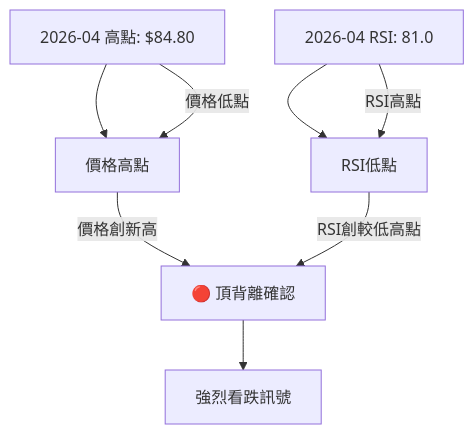
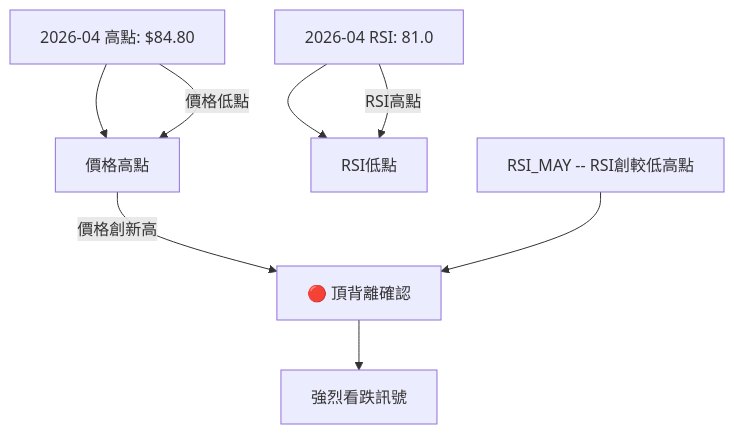
One commit to yennanliu/finance_data changed the eighth of 12 diagrams in ai_gen_report/stock/rklb/technical_analysis_2026-06-30_gemini.md. Above: the diagram before and after it, drawn with Mermaid. The commit also changed other lines of this file and 2258 other files, not shown here.

First line of the commit message:
chore: backfill Mermaid syntax repair across existing reports

````diff
--- a/ai_gen_report/stock/rklb/technical_analysis_2026-06-30_gemini.md
+++ b/ai_gen_report/stock/rklb/technical_analysis_2026-06-30_gemini.md
@@ -533,11 +533,11 @@
     ```mermaid
     graph TD
-        P_APR[2026-04 高點: $84.80] --> P_MAY[2026-05 高點: $143.48]
-        P_APR -- 價格低點 --> P_MAY[價格高點]
-        RSI_APR[2026-04 RSI: 81.0] --> RSI_MAY[2026-05 RSI: 70.6]
-        RSI_APR -- RSI高點 --> RSI_MAY[RSI低點]
+        P_APR["2026-04 高點: $84.80"] --> P_MAY["2026-05 高點: $143.48"]
+        P_APR -- 價格低點 --> P_MAY["價格高點"]
+        RSI_APR["2026-04 RSI: 81.0"] --> RSI_MAY["2026-05 RSI: 70.6"]
+        RSI_APR -- RSI高點 --> RSI_MAY["RSI低點"]
 
-        P_MAY -- 價格創新高 --> D[🔴 頂背離確認]
-        RSI_MAY -- RSI創較低高點 --> D
-        D --> E[強烈看跌訊號]
+        P_MAY -- 價格創新高 --> D["🔴 頂背離確認"]
+        nb1["RSI_MAY -- RSI創較低高點"] --> D
+        D --> E["強烈看跌訊號"]
     ```
````
